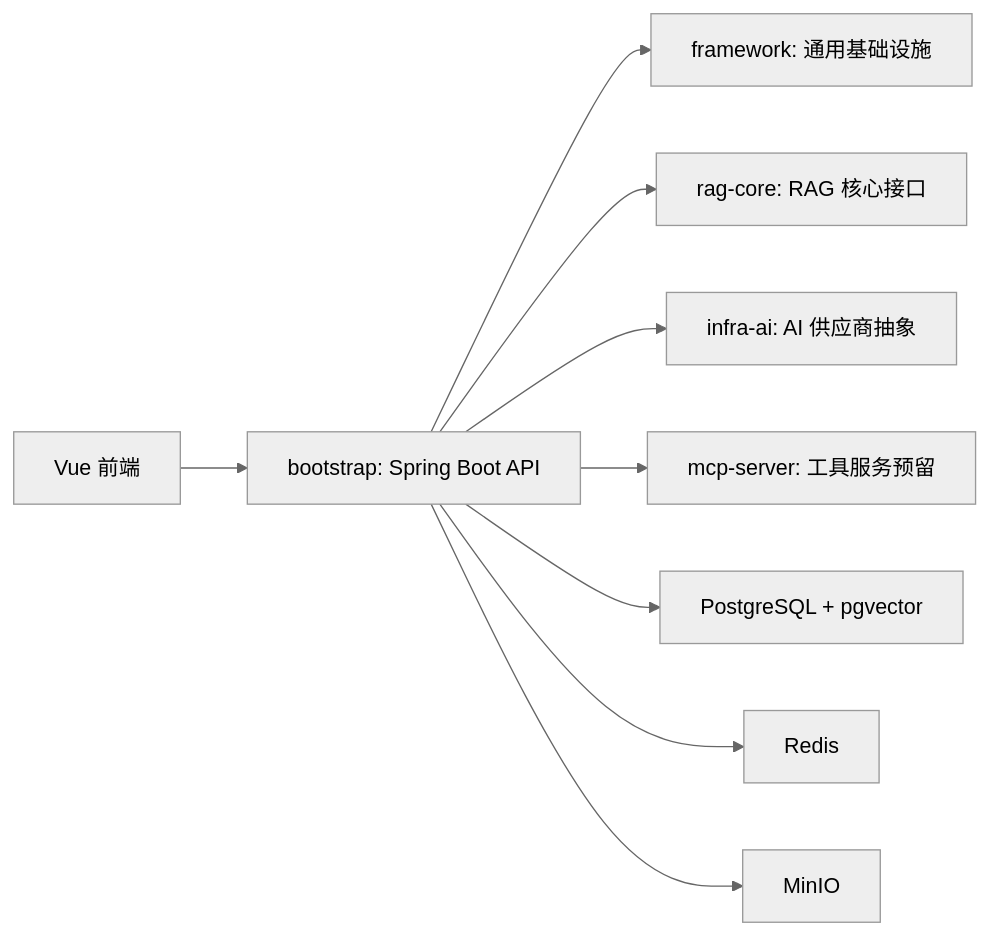
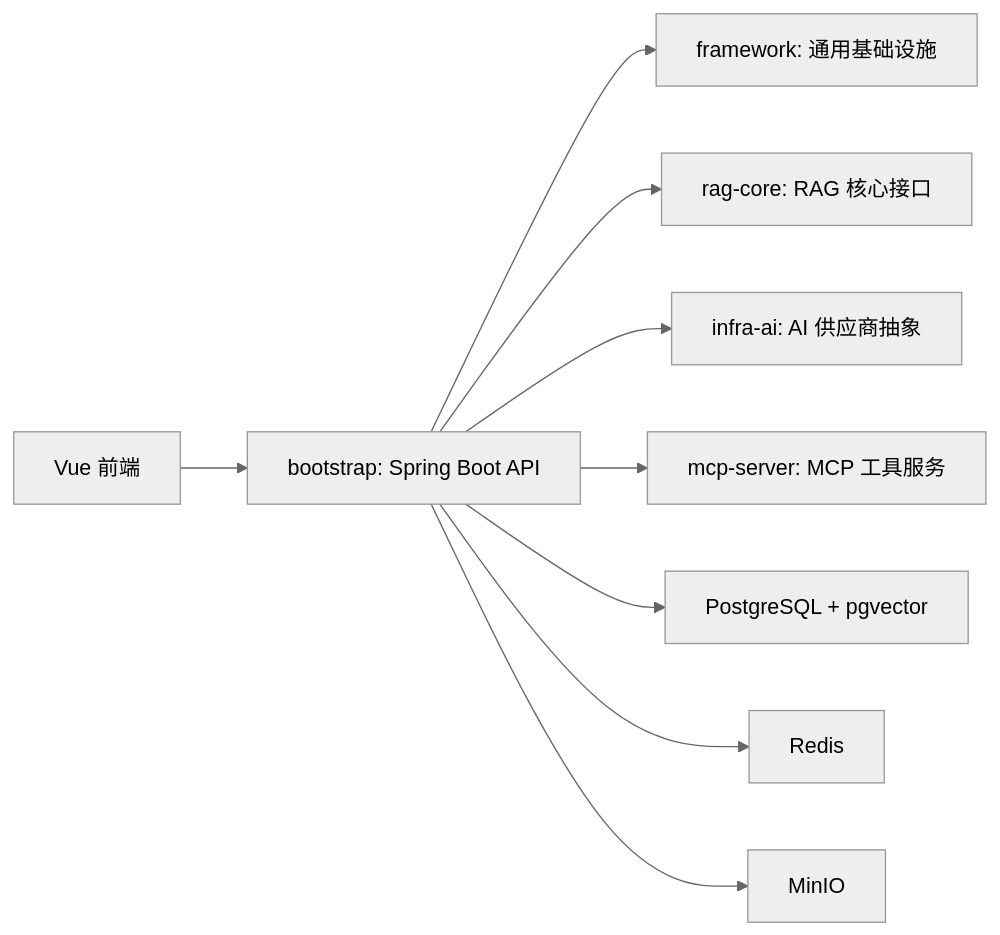
The diagram in docs/tech-selection.md (cxzcanying/Rag2Agent), drawn with Mermaid (neutral theme) before and after one commit. The commit also changed other lines of this file and 22 other files, not shown here.

````diff
--- a/docs/tech-selection.md
+++ b/docs/tech-selection.md
@@ -245,11 +245,11 @@
 ```mermaid
 flowchart LR
   Vue["Vue 前端"] --> Bootstrap["bootstrap: Spring Boot API"]
   Bootstrap --> Framework["framework: 通用基础设施"]
   Bootstrap --> RagCore["rag-core: RAG 核心接口"]
   Bootstrap --> InfraAi["infra-ai: AI 供应商抽象"]
-  Bootstrap --> Mcp["mcp-server: 工具服务预留"]
+  Bootstrap --> Mcp["mcp-server: MCP 工具服务"]
   Bootstrap --> Postgres["PostgreSQL + pgvector"]
   Bootstrap --> Redis["Redis"]
   Bootstrap --> MinIO["MinIO"]
 ```
````
